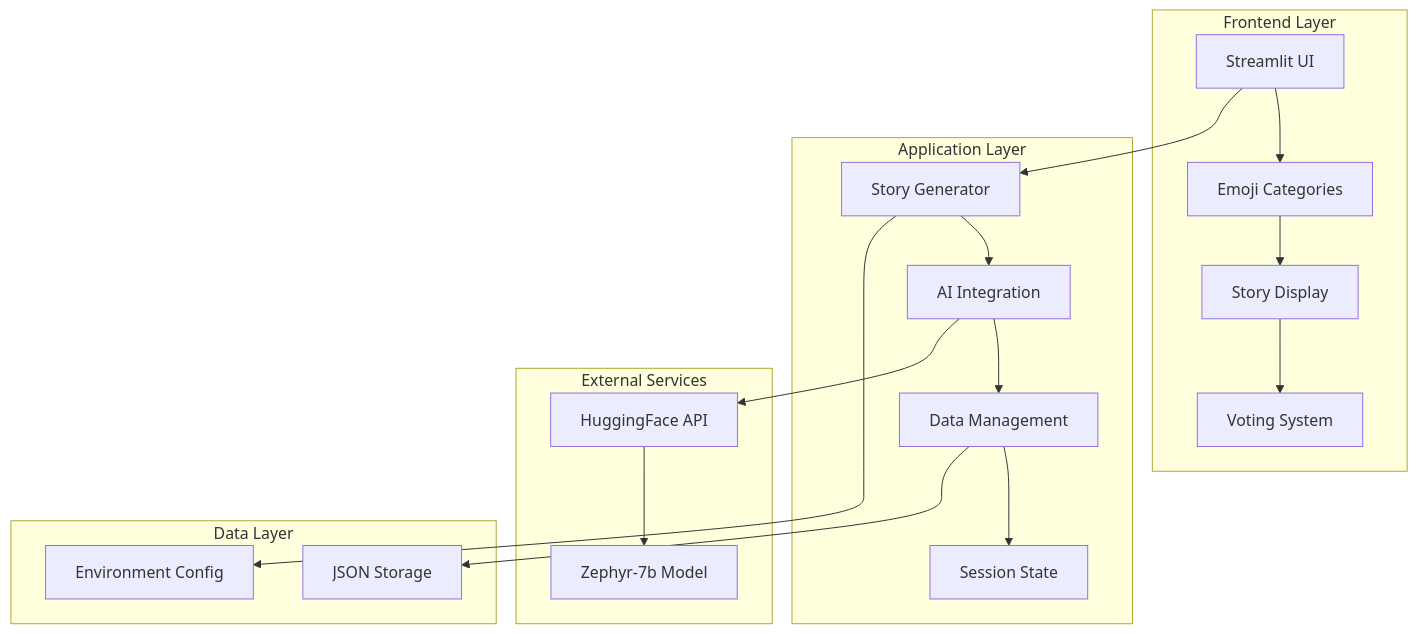
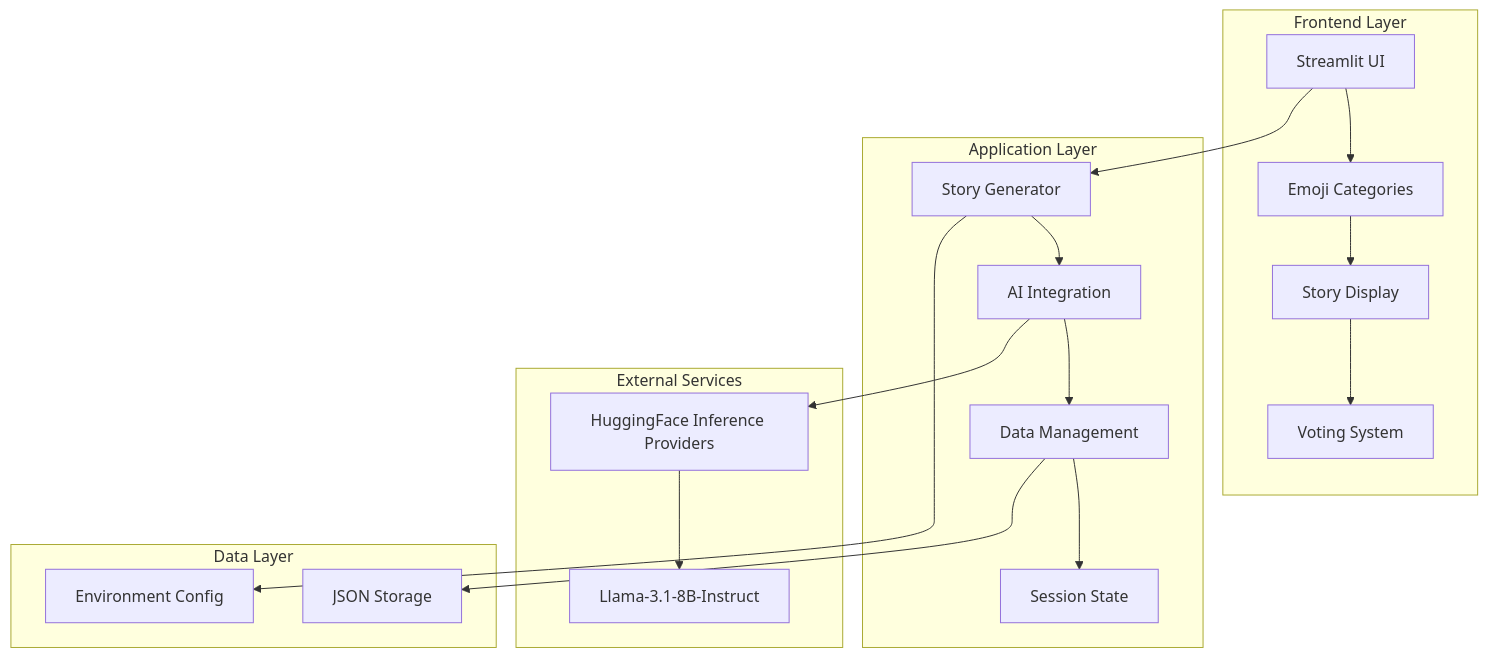
One commit to ChanMeng666/emoji-story-generator changed the first of 2 diagrams in README.md. Above: the diagram before and after it, drawn with Mermaid. The commit also changed other lines of this file, not shown here.

First line of the commit message:
Update README.md to reflect current architecture

````diff
--- a/README.md
+++ b/README.md
@@ -281,30 +281,30 @@
 ```mermaid
 graph TB
     subgraph "Frontend Layer"
         A[Streamlit UI] --> B[Emoji Categories]
         B --> C[Story Display]
         C --> D[Voting System]
     end
     
     subgraph "Application Layer"
         E[Story Generator] --> F[AI Integration]
         F --> G[Data Management]
         G --> H[Session State]
     end
     
     subgraph "External Services"
-        I[HuggingFace API]
-        J[Zephyr-7b Model]
+        I[HuggingFace Inference Providers]
+        J[Llama-3.1-8B-Instruct]
     end
     
     subgraph "Data Layer"
         K[JSON Storage]
         L[Environment Config]
     end
     
     A --> E
     F --> I
     I --> J
     G --> K
     E --> L
 ```
````
